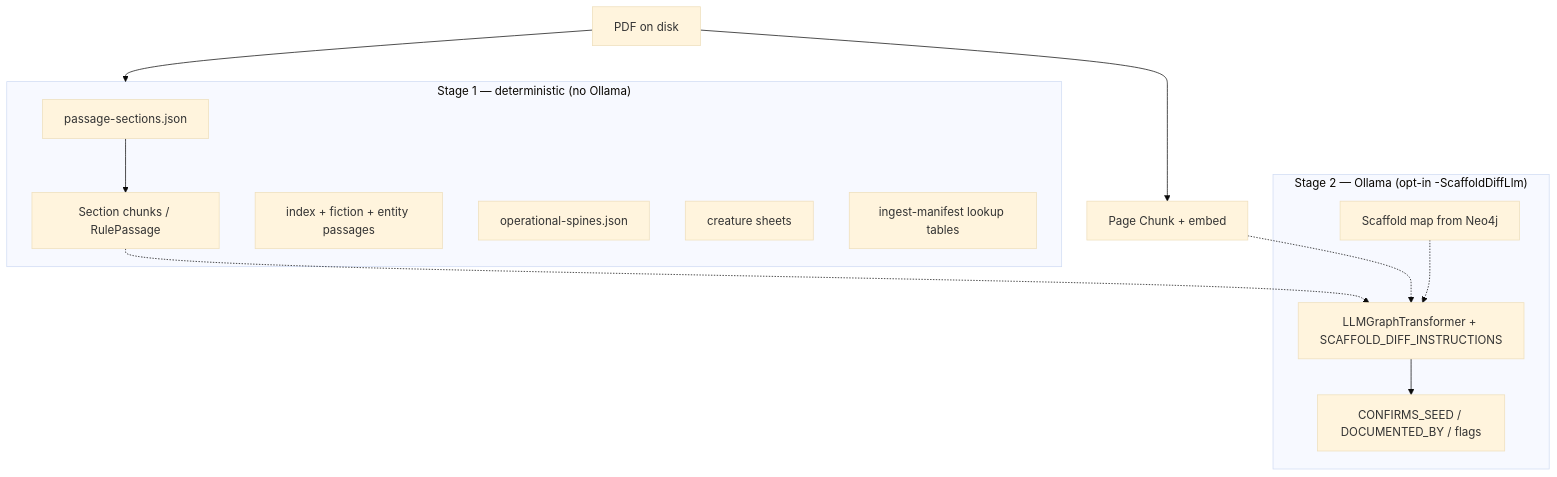
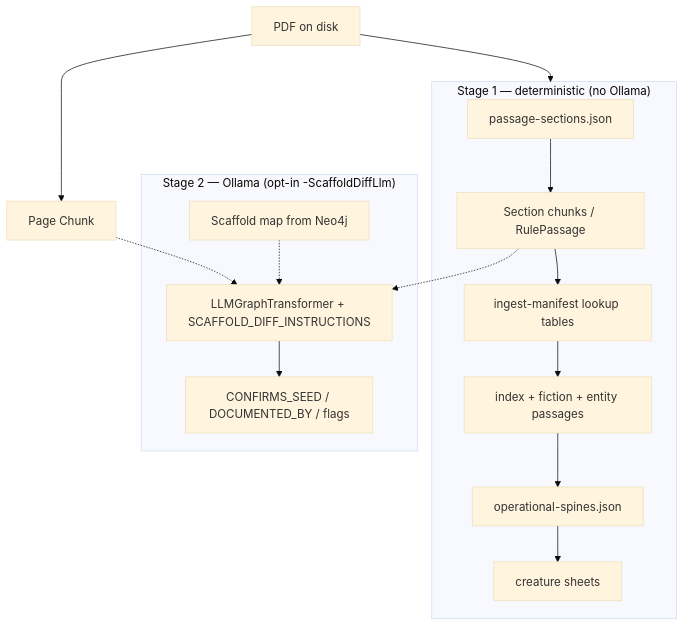
Before and after one commit to MAOShea/pdf-graph-builder: the first of 2 diagrams in design.md, drawn with Mermaid (base theme). The commit also changed other lines of this file and 17 other files, not shown here.

Commit message:
Land 3b Omens contracts, run lookup tables before catalog so USES survives cleanup, and make chunk embeddings opt-in.

````diff
--- a/design.md
+++ b/design.md
@@ -105,21 +108,21 @@
 ```mermaid
 flowchart TB
   subgraph Contracts["Stage 1 — deterministic (no Ollama)"]
     A[passage-sections.json] --> B[Section chunks / RulePassage]
-    C[index + fiction + entity passages]
-    D[operational-spines.json]
-    E[creature sheets]
-    F[ingest-manifest lookup tables]
+    B --> F[ingest-manifest lookup tables]
+    F --> C[index + fiction + entity passages]
+    C --> D[operational-spines.json]
+    D --> E[creature sheets]
   end
   subgraph LLM["Stage 2 — Ollama (opt-in -ScaffoldDiffLlm)"]
     G[Scaffold map from Neo4j]
     H[LLMGraphTransformer + SCAFFOLD_DIFF_INSTRUCTIONS]
     I[CONFIRMS_SEED / DOCUMENTED_BY / flags]
   end
   PDF[PDF on disk] --> Contracts
-  PDF --> Chunks[Page Chunk + embed]
+  PDF --> Chunks[Page Chunk]
   B -.-> H
   Chunks -.-> H
   G -.-> H
   H --> I
 ```
````
